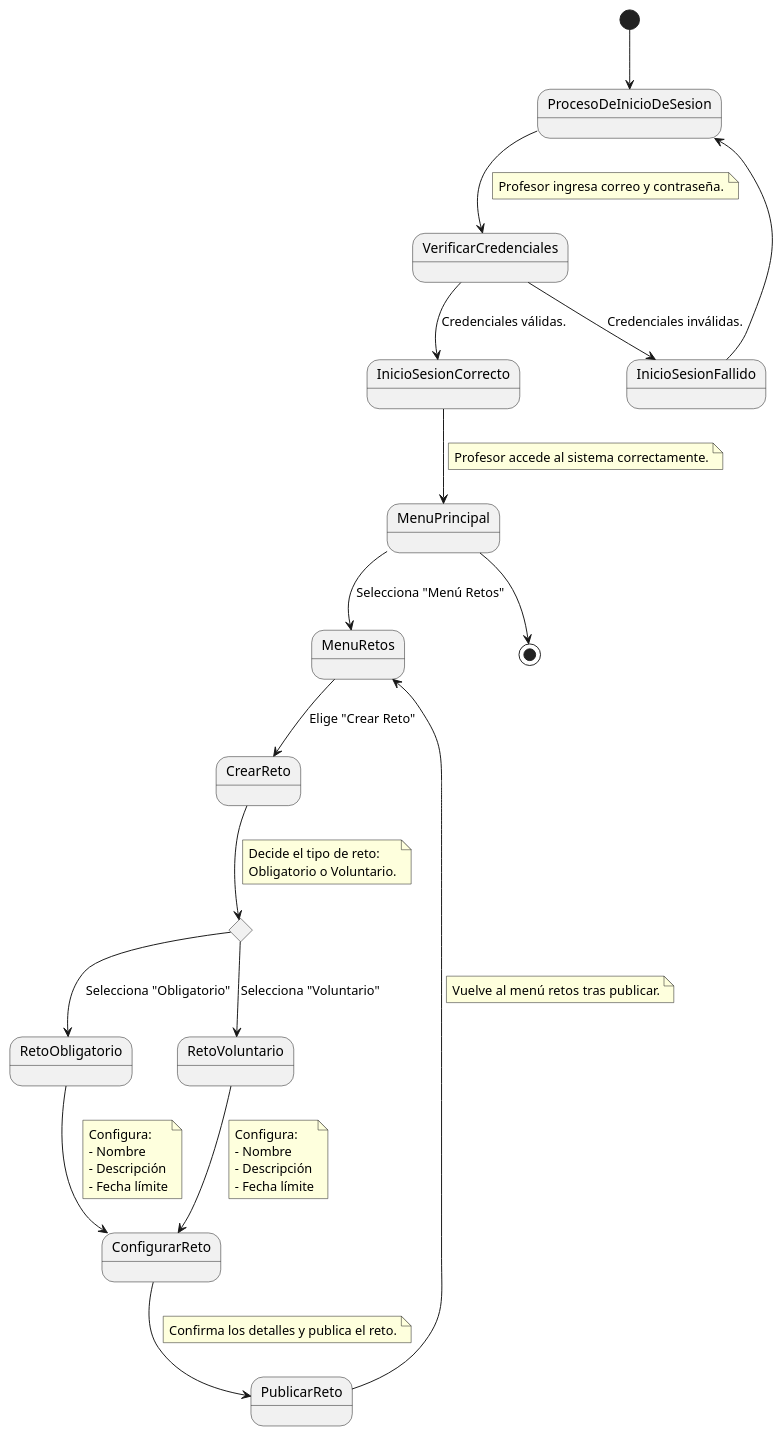
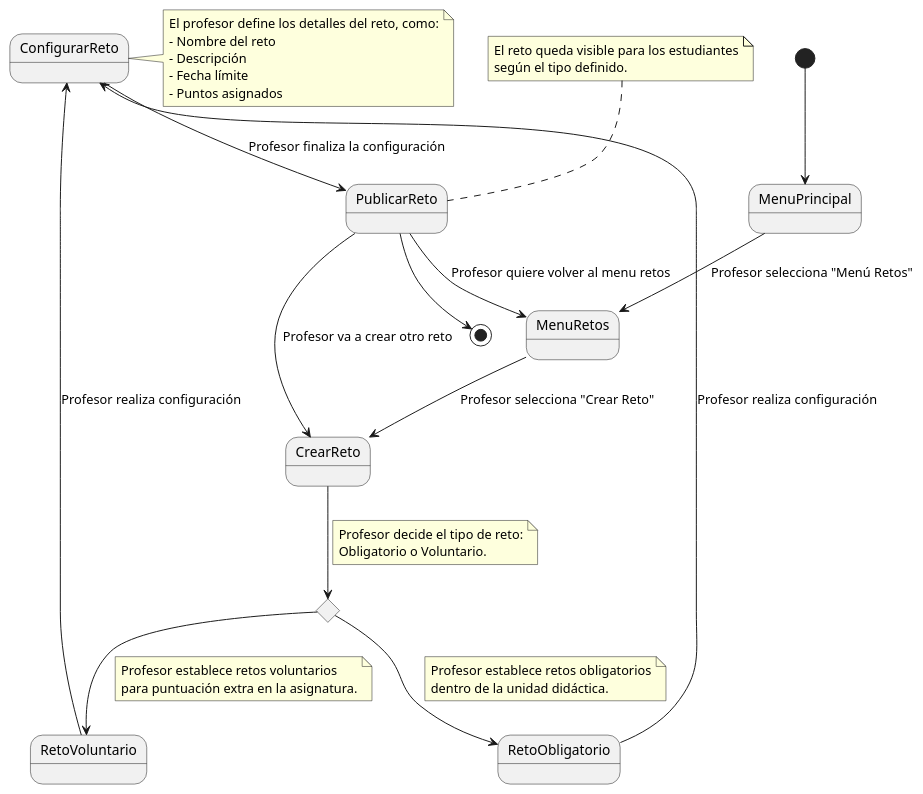
Before and after one commit to mmasias/24-25-IdSw1-SDR: the diagram in Documentos/DetallarCasosDeUso/CrearRetos.puml, drawn with PlantUML.

```diff
--- a/Documentos/DetallarCasosDeUso/CrearRetos.puml
+++ b/Documentos/DetallarCasosDeUso/CrearRetos.puml
@@ -1,61 +1,47 @@
 @startuml
 
-[*] --> ProcesoDeInicioDeSesion
+[*] --> MenuPrincipal
 
-ProcesoDeInicioDeSesion --> VerificarCredenciales
-note on link
-    Profesor ingresa correo y contraseña.
-end note
-
-state VerificarCredenciales <<choice>>
-VerificarCredenciales --> InicioSesionCorrecto : Credenciales válidas.
-VerificarCredenciales --> InicioSesionFallido : Credenciales inválidas.
-
-InicioSesionFallido --> ProcesoDeInicioDeSesion
-InicioSesionCorrecto --> MenuPrincipal
-note on link
-    Profesor accede al sistema correctamente.
-end note
-
-MenuPrincipal --> MenuRetos : Selecciona "Menú Retos"
-MenuRetos --> CrearReto : Elige "Crear Reto"
+MenuPrincipal --> MenuRetos : Profesor selecciona "Menú Retos"
+MenuRetos --> CrearReto : Profesor selecciona "Crear Reto"
 
 state TipoDeReto <<choice>>
 CrearReto --> TipoDeReto
 note on link
-    Decide el tipo de reto:
+    Profesor decide el tipo de reto:
     Obligatorio o Voluntario.
+end note 
+
+TipoDeReto --> RetoObligatorio
+note on link
+    Profesor establece retos obligatorios
+    dentro de la unidad didáctica.
+end note 
+
+TipoDeReto --> RetoVoluntario
+note on link
+    Profesor establece retos voluntarios
+    para puntuación extra en la asignatura.
+end note 
+
+RetoObligatorio --> ConfigurarReto : Profesor realiza configuración
+RetoVoluntario --> ConfigurarReto : Profesor realiza configuración
+note right of ConfigurarReto
+    El profesor define los detalles del reto, como:
+    - Nombre del reto
+    - Descripción
+    - Fecha límite
+    - Puntos asignados
 end note
 
-TipoDeReto --> RetoObligatorio : Selecciona "Obligatorio"
-TipoDeReto --> RetoVoluntario : Selecciona "Voluntario"
-
-RetoObligatorio --> ConfigurarReto
-note on link
-    Configura:
-    - Nombre
-    - Descripción
-    - Fecha límite
+ConfigurarReto --> PublicarReto : Profesor finaliza la configuración
+note top of PublicarReto
+    El reto queda visible para los estudiantes
+    según el tipo definido.
 end note
 
-RetoVoluntario --> ConfigurarReto
-note on link
-    Configura:
-    - Nombre
-    - Descripción
-    - Fecha límite
-end note
-
-ConfigurarReto --> PublicarReto
-note on link
-    Confirma los detalles y publica el reto.
-end note
-
-PublicarReto --> MenuRetos
-note on link
-    Vuelve al menú retos tras publicar.
-end note
-
-MenuPrincipal --> [*]
+PublicarReto --> CrearReto : Profesor va a crear otro reto
+PublicarReto --> MenuRetos : Profesor quiere volver al menu retos
+PublicarReto --> [*] 
 
 @enduml
```
